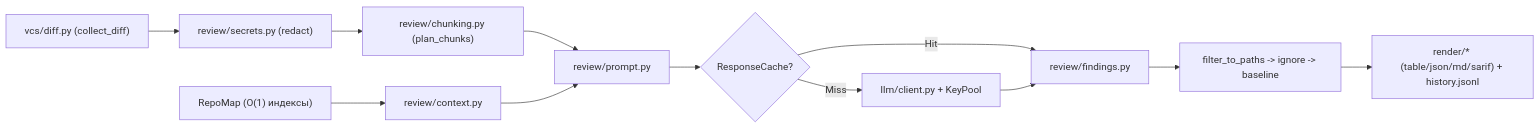
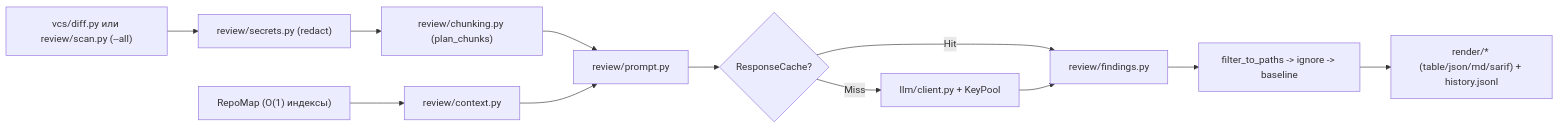
One commit to maks-gargamel/code-reviewer changed the second of 2 diagrams in ARCHITECTURE.md. Above: the diagram before and after it, drawn with Mermaid. The commit also changed other lines of this file and 3 other files, not shown here.

Commit message:
docs: add SPEC.md and STATUS.md, update GEMINI.md and ARCHITECTURE.md for handoff

````diff
--- a/ARCHITECTURE.md
+++ b/ARCHITECTURE.md
@@ -41,13 +41,13 @@
 ```mermaid
 flowchart LR
-    A["vcs/diff.py (collect_diff)"] --> B["review/secrets.py (redact)"]
+    A["vcs/diff.py или review/scan.py (--all)"] --> B["review/secrets.py (redact)"]
     B --> C["review/chunking.py (plan_chunks)"]
     D["RepoMap (O(1) индексы)"] --> E["review/context.py"]
     C & E --> F["review/prompt.py"]
     F --> G{"ResponseCache?"}
     G -->|"Hit"| I["review/findings.py"]
     G -->|"Miss"| H["llm/client.py + KeyPool"]
     H --> I
     I --> J["filter_to_paths -> ignore -> baseline"]
     J --> K["render/* (table/json/md/sarif) + history.jsonl"]
 ```
````
